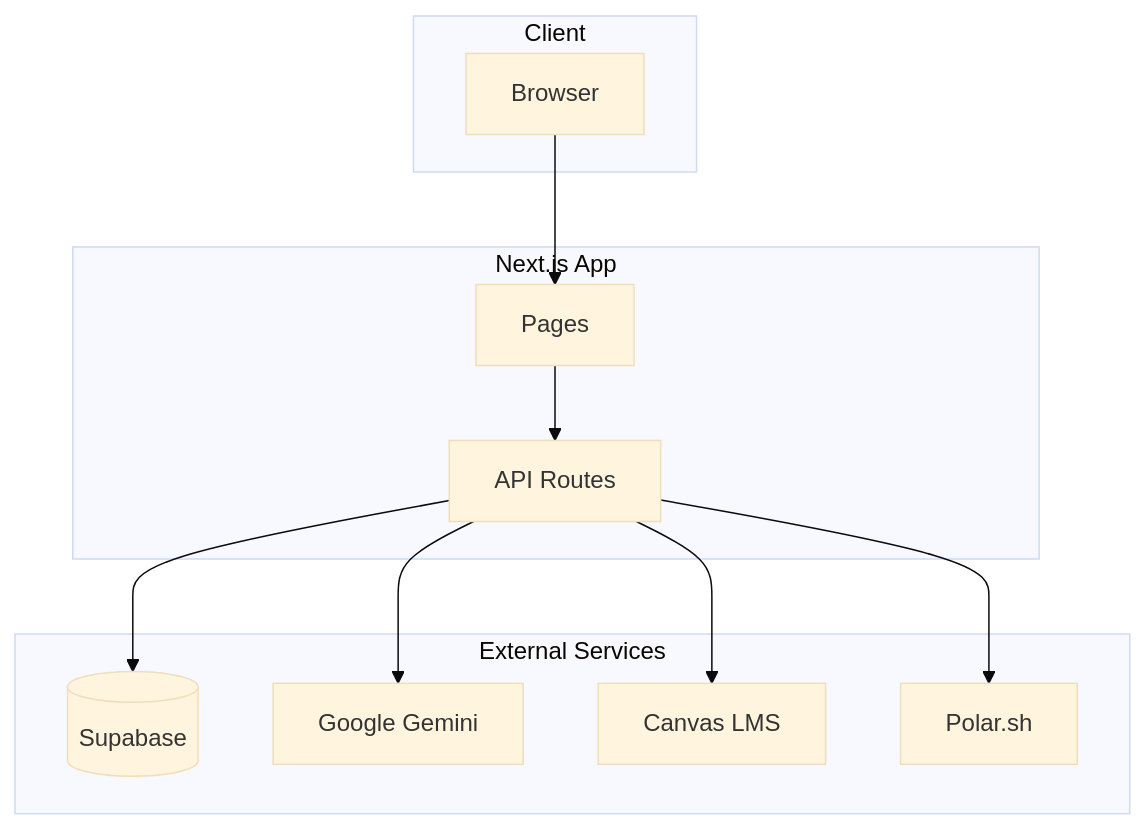
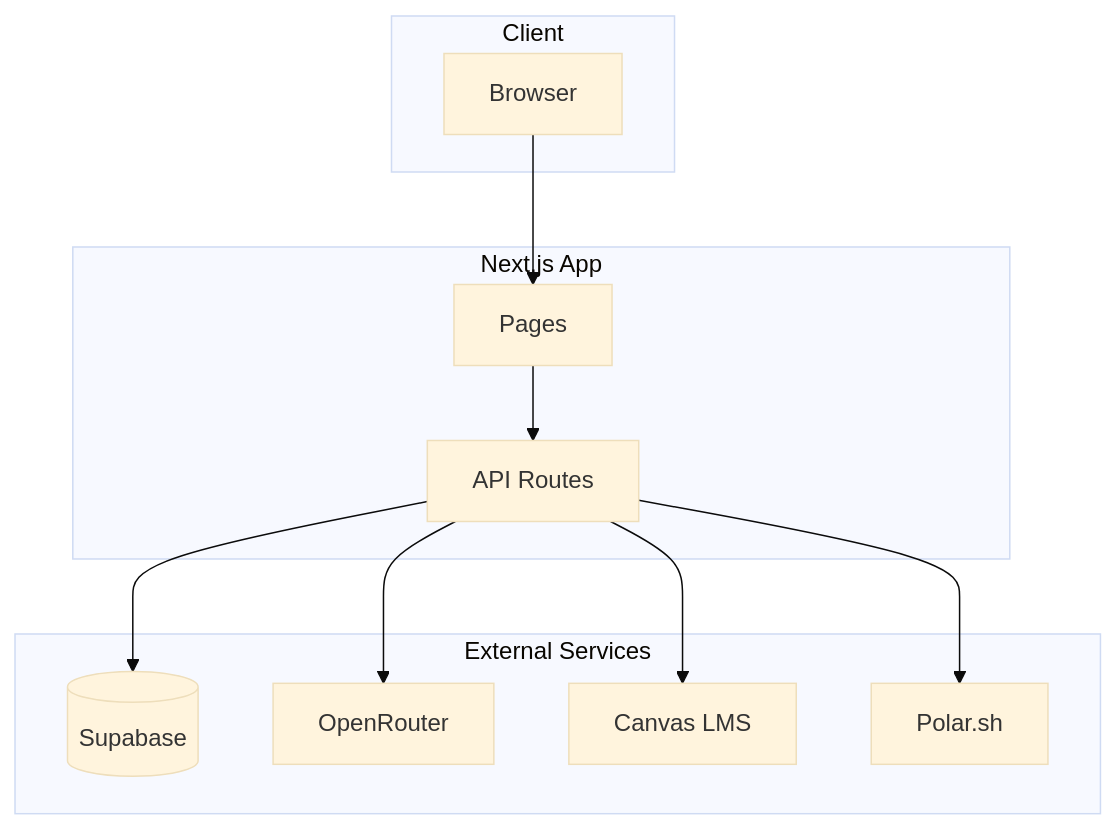
One commit to LisaHo0104/canvas-chatbot-Gemini changed the diagram in canvas-chatbot-next/content/system-design/architecture.mdx. Above: the diagram before and after it, drawn with Mermaid (base theme). The commit also changed other lines of this file and 38 other files, not shown here.

````diff
--- a/canvas-chatbot-next/content/system-design/architecture.mdx
+++ b/canvas-chatbot-next/content/system-design/architecture.mdx
@@ -7,25 +7,25 @@
 ```mermaid
 flowchart TB
     subgraph Client
         Browser[Browser]
     end
 
     subgraph "Next.js App"
         Pages[Pages]
         API[API Routes]
         Pages --> API
     end
 
     subgraph "External Services"
         Supabase[(Supabase)]
-        Gemini[Google Gemini]
+        OpenRouter[OpenRouter]
         Canvas[Canvas LMS]
         Polar[Polar.sh]
     end
 
     Browser --> Pages
     API --> Supabase
-    API --> Gemini
+    API --> OpenRouter
     API --> Canvas
     API --> Polar
 ```
````
